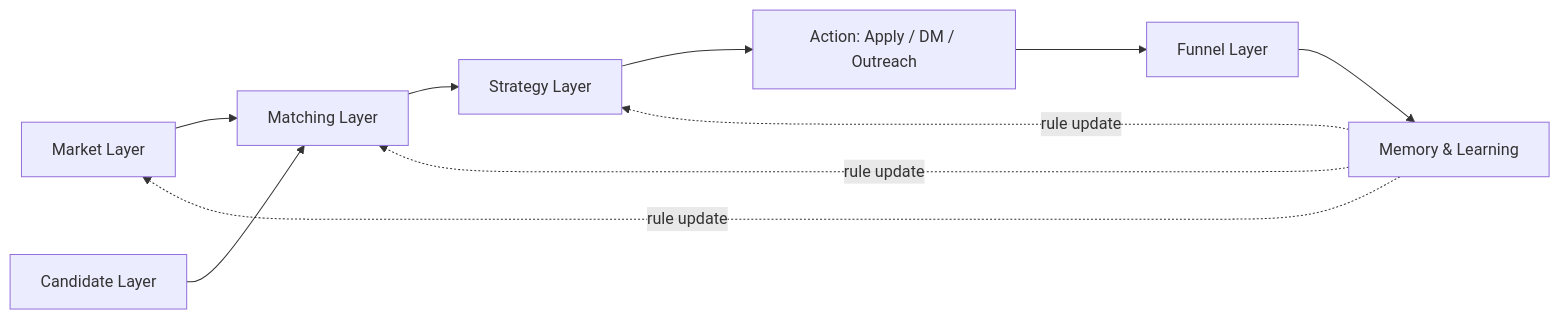
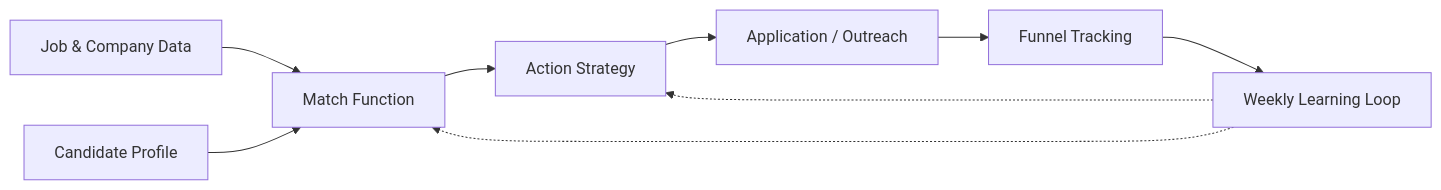
The diagram in README.md (Xiao-yun-Hu/ai-job-search-os), drawn with Mermaid before and after one commit. The commit also changed other lines of this file and 1 other file, not shown here.

First line of the commit message:
docs: reposition README from AI-specialist tool to general job-search OS

````diff
--- a/README.md
+++ b/README.md
@@ -74,12 +78,11 @@
 ```mermaid
 flowchart LR
-    M[Market Layer] --> Match[Matching Layer]
-    C[Candidate Layer] --> Match
-    Match --> S[Strategy Layer]
-    S --> ACT[Action: Apply / DM / Outreach]
-    ACT --> F[Funnel Layer]
-    F --> Memo[Memory & Learning]
-    Memo -.rule update.-> M
-    Memo -.rule update.-> Match
-    Memo -.rule update.-> S
+    A[Job & Company Data] --> C[Match Function]
+    B[Candidate Profile] --> C
+    C --> D[Action Strategy]
+    D --> E[Application / Outreach]
+    E --> F[Funnel Tracking]
+    F --> G[Weekly Learning Loop]
+    G -.-> C
+    G -.-> D
 ```
````
